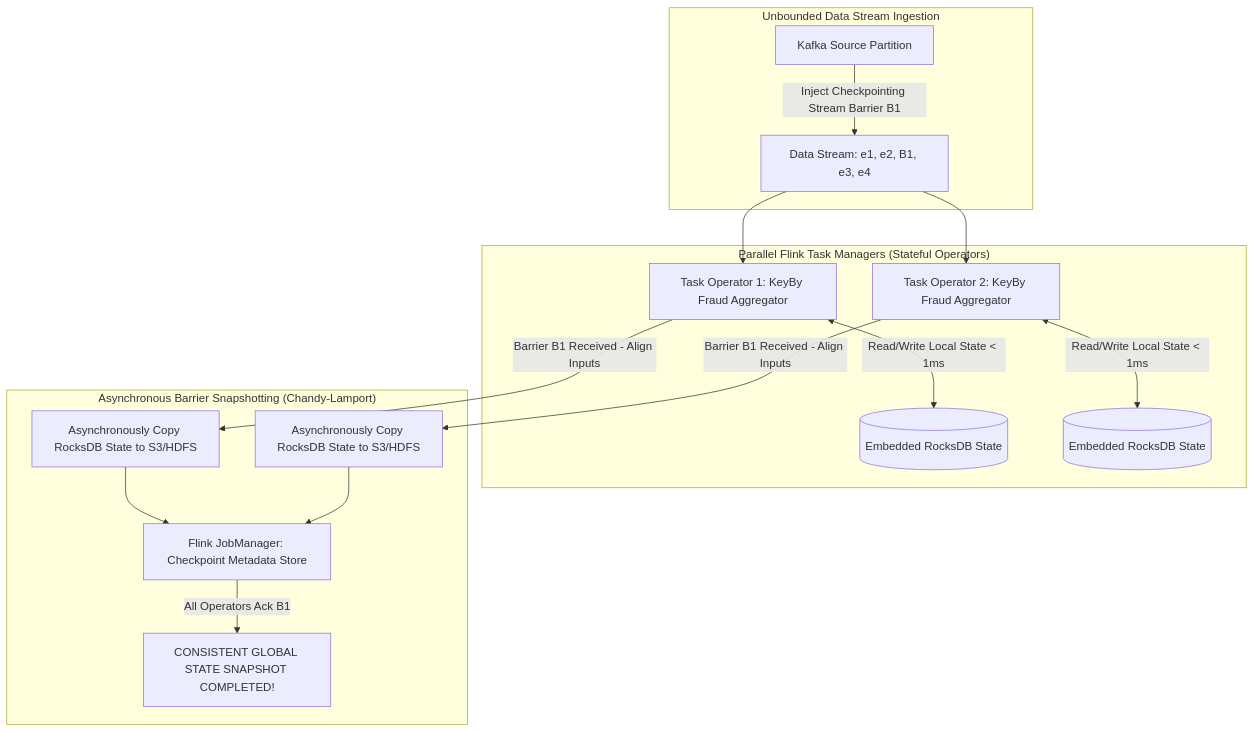
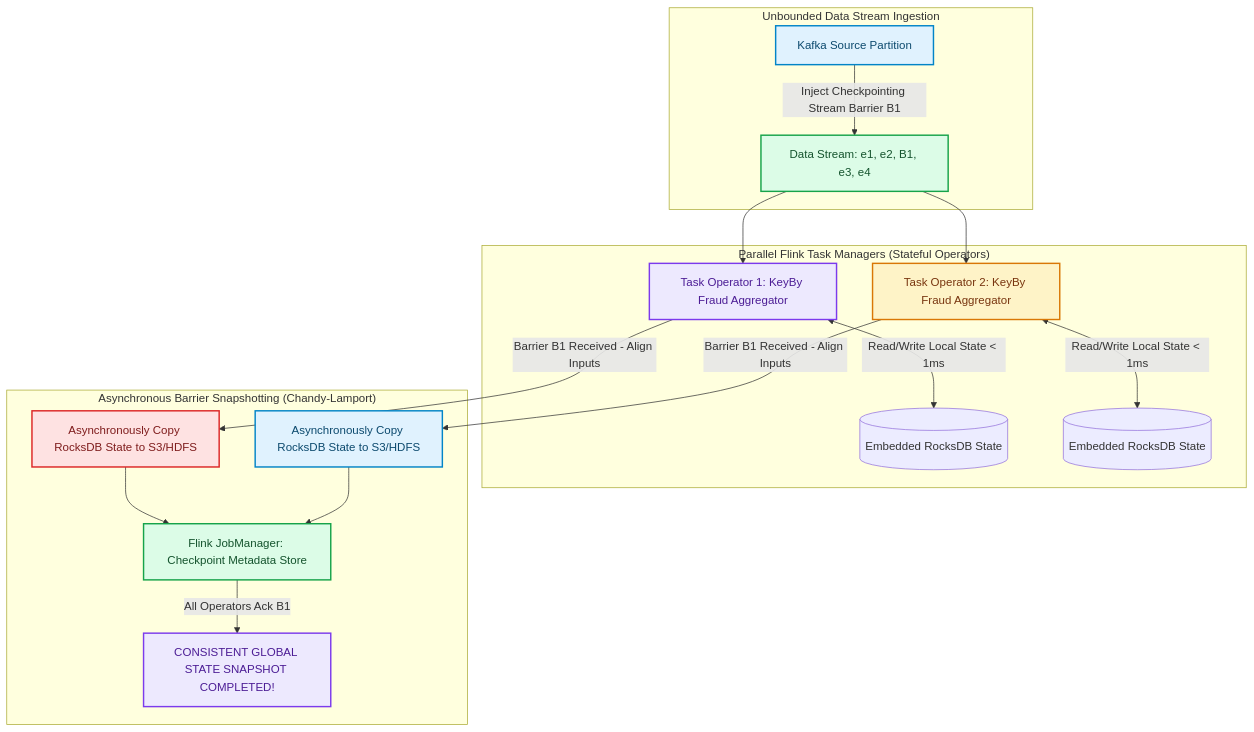
The diagram in blog/posts/stream-processing-apache-flink-chandy-lamport-checkpointing.md (akmalkhaniub/akmalkhaniub.github.io), drawn with Mermaid before and after one commit. The commit also changed other lines of this file and 1291 other files, not shown here.

First line of the commit message:
feat(catalog): unique covers, scholarly references, and diagram palettes

````diff
--- a/blog/posts/stream-processing-apache-flink-chandy-lamport-checkpointing.md
+++ b/blog/posts/stream-processing-apache-flink-chandy-lamport-checkpointing.md
@@ -21,22 +21,33 @@
 ```mermaid
 flowchart TD
   subgraph SG1_UnboundedDataStream ["Unbounded Data Stream Ingestion"]
-    Source[Kafka Source Partition] -->|Inject Checkpointing Stream Barrier B1| BarrierStream[Data Stream: e1, e2, B1, e3, e4]
+    Source["Kafka Source Partition"] -->|Inject Checkpointing Stream Barrier B1| BarrierStream["Data Stream: e1, e2, B1, e3, e4"]
   end
   
   subgraph SG2_ParallelFlinkTask ["Parallel Flink Task Managers (Stateful Operators)"]
-    BarrierStream --> Task1[Task Operator 1: KeyBy Fraud Aggregator]
-    BarrierStream --> Task2[Task Operator 2: KeyBy Fraud Aggregator]
+    BarrierStream --> Task1["Task Operator 1: KeyBy Fraud Aggregator"]
+    BarrierStream --> Task2["Task Operator 2: KeyBy Fraud Aggregator"]
     
     Task1 <-->|Read/Write Local State < 1ms| Rocks1[(Embedded RocksDB State)]
     Task2 <-->|Read/Write Local State < 1ms| Rocks2[(Embedded RocksDB State)]
   end
   
   subgraph SG3_AsynchronousBarrierSnapshotting ["Asynchronous Barrier Snapshotting (Chandy-Lamport)"]
-    Task1 -->|Barrier B1 Received - Align Inputs| Snapshot1[Asynchronously Copy RocksDB State to S3/HDFS]
-    Task2 -->|Barrier B1 Received - Align Inputs| Snapshot2[Asynchronously Copy RocksDB State to S3/HDFS]
+    Task1 -->|Barrier B1 Received - Align Inputs| Snapshot1["Asynchronously Copy RocksDB State to S3/HDFS"]
+    Task2 -->|Barrier B1 Received - Align Inputs| Snapshot2["Asynchronously Copy RocksDB State to S3/HDFS"]
     
-    Snapshot1 & Snapshot2 --> JobManager[Flink JobManager: Checkpoint Metadata Store]
-    JobManager -->|All Operators Ack B1| ConsistentState[ CONSISTENT GLOBAL STATE SNAPSHOT COMPLETED!]
+    Snapshot1 & Snapshot2 --> JobManager["Flink JobManager: Checkpoint Metadata Store"]
+    JobManager -->|All Operators Ack B1| ConsistentState[" CONSISTENT GLOBAL STATE SNAPSHOT COMPLETED!"]
   end
+
+classDef green fill:#dcfce7,stroke:#16a34a,stroke-width:2px,color:#14532d;
+classDef red fill:#fee2e2,stroke:#dc2626,stroke-width:2px,color:#7f1d1d;
+classDef blue fill:#e0f2fe,stroke:#0284c7,stroke-width:2px,color:#0c4a6e;
+classDef yellow fill:#fef3c7,stroke:#d97706,stroke-width:2px,color:#78350f;
+classDef purple fill:#ede9fe,stroke:#7c3aed,stroke-width:2px,color:#4c1d95;
+class Source,Snapshot2 blue
+class BarrierStream,JobManager green
+class Task1,ConsistentState purple
+class Task2 yellow
+class Snapshot1 red
 ```
````
